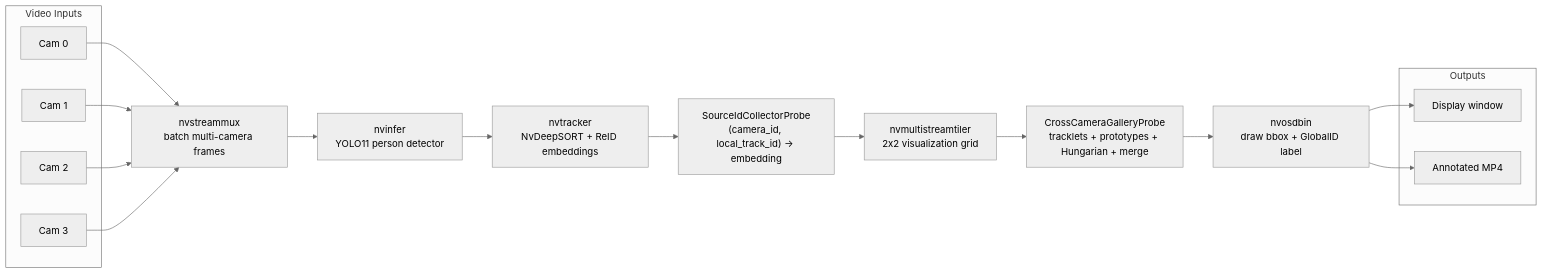
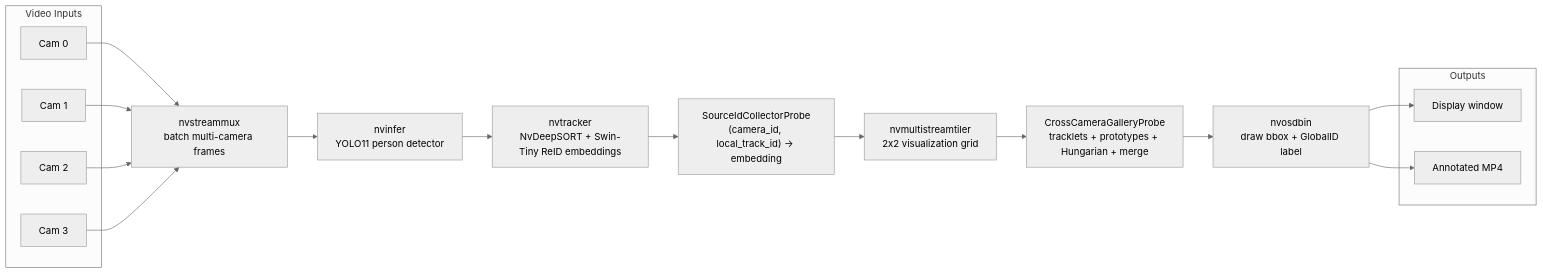
Before and after one commit to NLT22/multi_stream_people_tracker: the diagram in README.md, drawn with Mermaid (neutral theme). The commit also changed other lines of this file and 16 other files, not shown here.

````diff
--- a/README.md
+++ b/README.md
@@ -166,31 +204,31 @@
 ```mermaid
 flowchart LR
     subgraph Inputs["Video Inputs"]
         C0["Cam 0"]
         C1["Cam 1"]
         C2["Cam 2"]
         C3["Cam 3"]
     end
 
     C0 --> MUX
     C1 --> MUX
     C2 --> MUX
     C3 --> MUX
 
     MUX["nvstreammux<br/>batch multi-camera frames"]
     DET["nvinfer<br/>YOLO11 person detector"]
-    TRK["nvtracker<br/>NvDeepSORT + ReID embeddings"]
+    TRK["nvtracker<br/>NvDeepSORT + Swin-Tiny ReID embeddings"]
     SRC["SourceIdCollectorProbe<br/>(camera_id, local_track_id) -> embedding"]
     TILER["nvmultistreamtiler<br/>2x2 visualization grid"]
     REID["CrossCameraGalleryProbe<br/>tracklets + prototypes + Hungarian + merge"]
     OSD["nvosdbin<br/>draw bbox + GlobalID label"]
 
     subgraph Outputs["Outputs"]
         DISPLAY["Display window"]
         VIDEO["Annotated MP4"]
     end
 
     MUX --> DET --> TRK --> SRC --> TILER --> REID --> OSD
     OSD --> DISPLAY
     OSD --> VIDEO
 ```
````
